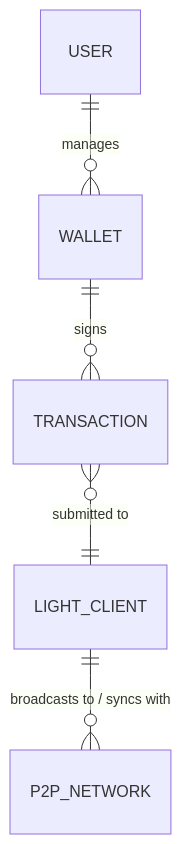
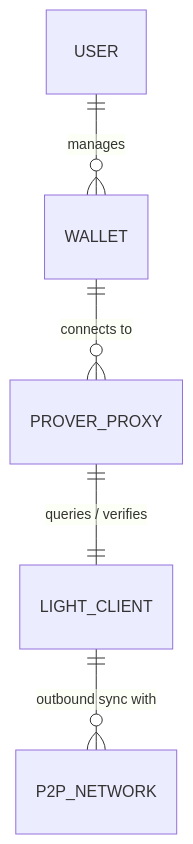
One commit to vfr750y/Cost-Optimized-Ethereum-Node-On-Azure changed the first of 4 diagrams in HighLevelDesign.md. Above: the diagram before and after it, drawn with Mermaid. The commit also changed other lines of this file, not shown here.

````diff
--- a/HighLevelDesign.md
+++ b/HighLevelDesign.md
@@ -8,7 +8,7 @@
 ```mermaid
 erDiagram
     USER ||--o{ WALLET : "manages"
-    WALLET ||--o{ TRANSACTION : "signs"
-    TRANSACTION }o--|| LIGHT_CLIENT : "submitted to"
-    LIGHT_CLIENT ||--o{ P2P_NETWORK : "broadcasts to / syncs with"
+    WALLET ||--o{ PROVER_PROXY : "connects to"
+    PROVER_PROXY ||--|| LIGHT_CLIENT : "queries / verifies"
+    LIGHT_CLIENT ||--o{ P2P_NETWORK : "outbound sync with"
 ```
````
